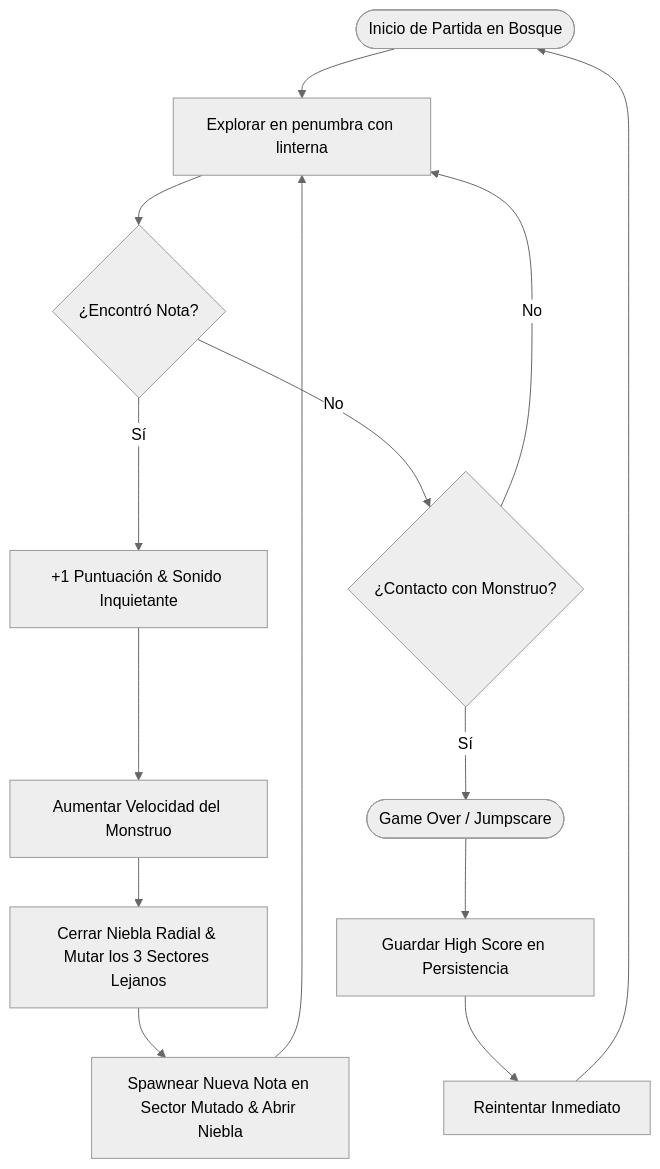
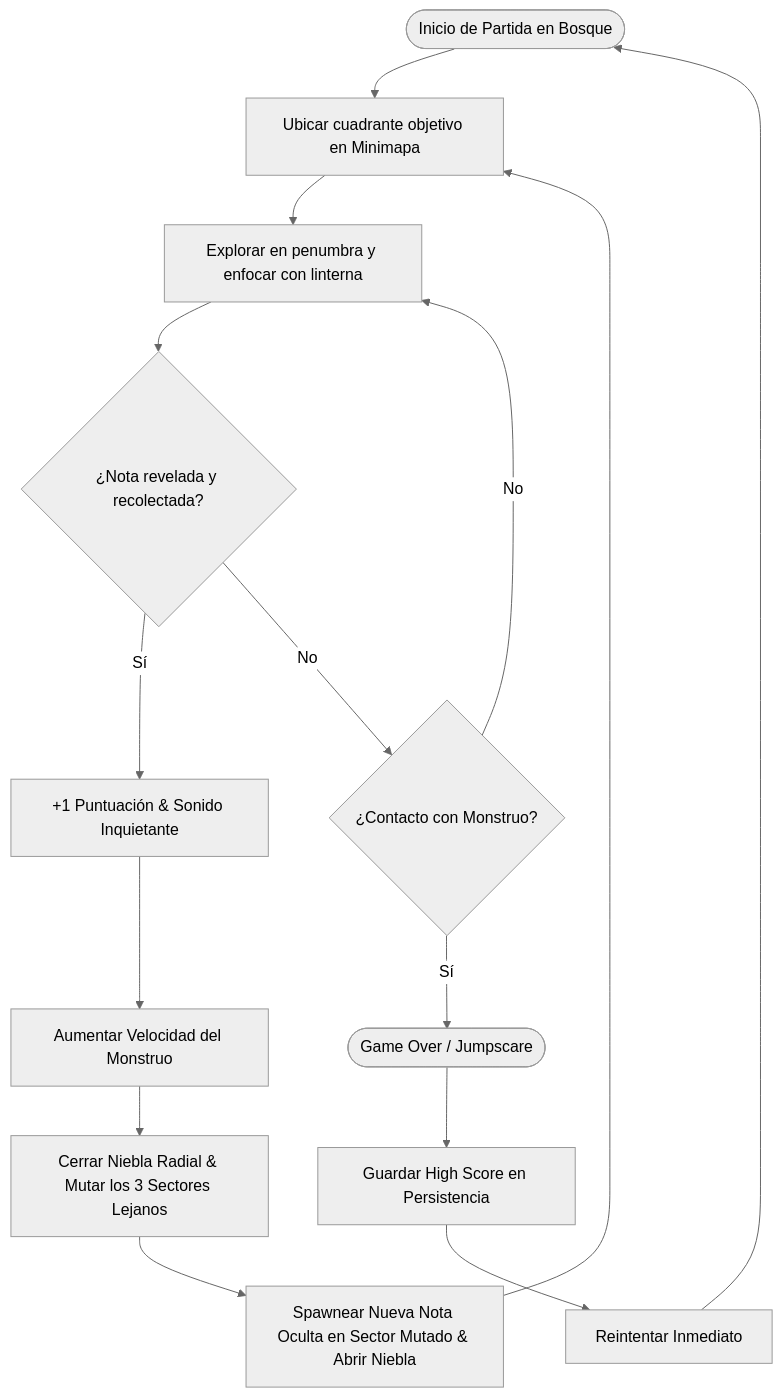
The diagram in docs/gameplay/mecanicas_y_entidades.md (EmGamex/vosque), drawn with Mermaid (neutral theme) before and after one commit. The commit also changed 9 other files, not shown here.

Commit message:
docs: agregar base teorica de revelacion con linterna y minimapa 2x2

````diff
--- a/docs/gameplay/mecanicas_y_entidades.md
+++ b/docs/gameplay/mecanicas_y_entidades.md
@@ -9,16 +9,17 @@
 ```mermaid
 flowchart TD
-    A([Inicio de Partida en Bosque]) --> B[Explorar en penumbra con linterna]
-    B --> C{¿Encontró Nota?}
-    C -- Sí --> D[+1 Puntuación & Sonido Inquietante]
-    D --> E[Aumentar Velocidad del Monstruo]
-    E --> F[Cerrar Niebla Radial & Mutar los 3 Sectores Lejanos]
-    F --> G[Spawnear Nueva Nota en Sector Mutado & Abrir Niebla]
-    G --> B
-    C -- No --> H{¿Contacto con Monstruo?}
-    H -- No --> B
-    H -- Sí --> I([Game Over / Jumpscare])
-    I --> J[Guardar High Score en Persistencia]
-    J --> K[Reintentar Inmediato]
-    K --> A
+    A([Inicio de Partida en Bosque]) --> B[Ubicar cuadrante objetivo en Minimapa]
+    B --> C[Explorar en penumbra y enfocar con linterna]
+    C --> D{¿Nota revelada y recolectada?}
+    D -- Sí --> E[+1 Puntuación & Sonido Inquietante]
+    E --> F[Aumentar Velocidad del Monstruo]
+    F --> G[Cerrar Niebla Radial & Mutar los 3 Sectores Lejanos]
+    G --> H[Spawnear Nueva Nota Oculta en Sector Mutado & Abrir Niebla]
+    H --> B
+    D -- No --> I{¿Contacto con Monstruo?}
+    I -- No --> C
+    I -- Sí --> J([Game Over / Jumpscare])
+    J --> K[Guardar High Score en Persistencia]
+    K --> L[Reintentar Inmediato]
+    L --> A
 ```
````
